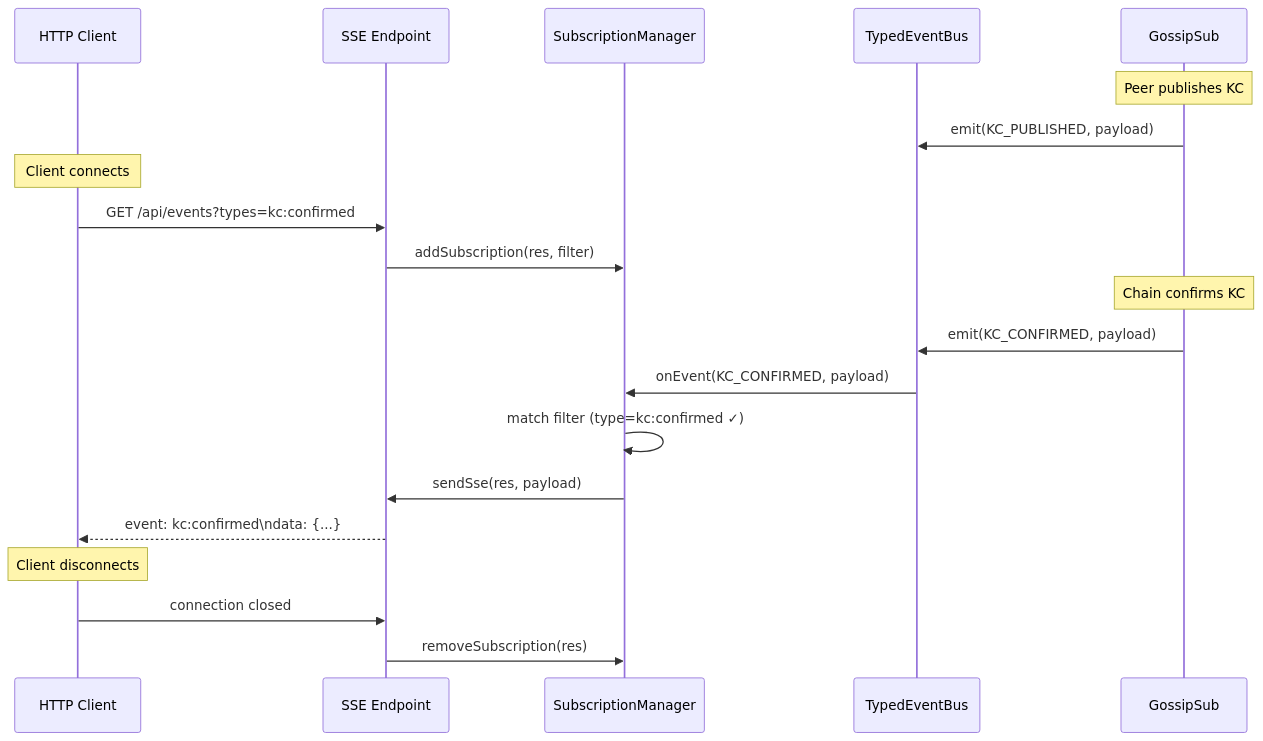
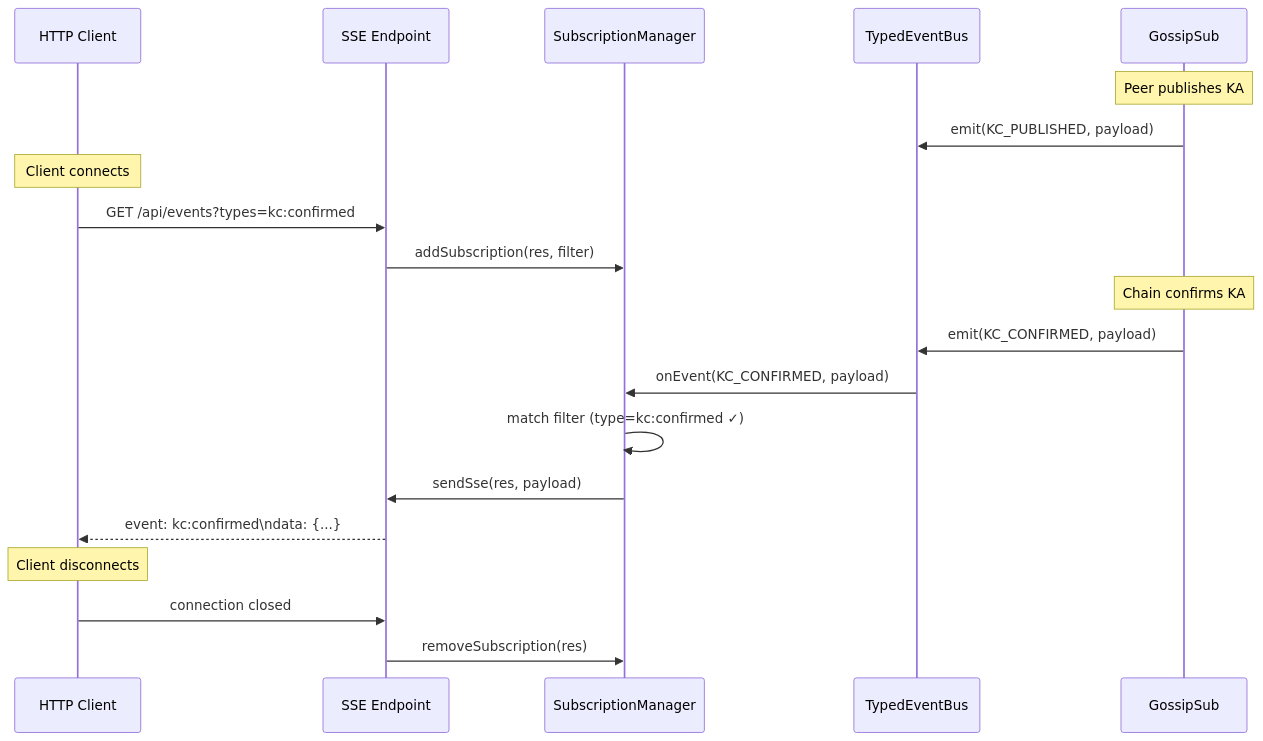
Before and after one commit to KilianTrunk/dkg: the second of 2 diagrams in docs/plans/PLAN_REALTIME_SUBSCRIPTIONS.md, drawn with Mermaid. The commit also changed 122 other files, not shown here.

````diff
--- a/docs/plans/PLAN_REALTIME_SUBSCRIPTIONS.md
+++ b/docs/plans/PLAN_REALTIME_SUBSCRIPTIONS.md
@@ -193,26 +193,26 @@
 ```mermaid
 sequenceDiagram
     participant Client as HTTP Client
     participant SSE as SSE Endpoint
     participant SubMgr as SubscriptionManager
     participant Bus as TypedEventBus
     participant Gossip as GossipSub
 
-    Note over Gossip: Peer publishes KC
+    Note over Gossip: Peer publishes KA
     Gossip->>Bus: emit(KC_PUBLISHED, payload)
 
     Note over Client: Client connects
     Client->>SSE: GET /api/events?types=kc:confirmed
     SSE->>SubMgr: addSubscription(res, filter)
 
-    Note over Gossip: Chain confirms KC
+    Note over Gossip: Chain confirms KA
     Gossip->>Bus: emit(KC_CONFIRMED, payload)
     Bus->>SubMgr: onEvent(KC_CONFIRMED, payload)
     SubMgr->>SubMgr: match filter (type=kc:confirmed ✓)
     SubMgr->>SSE: sendSse(res, payload)
     SSE-->>Client: event: kc:confirmed\ndata: {...}
 
     Note over Client: Client disconnects
     Client->>SSE: connection closed
     SSE->>SubMgr: removeSubscription(res)
 ```
````
